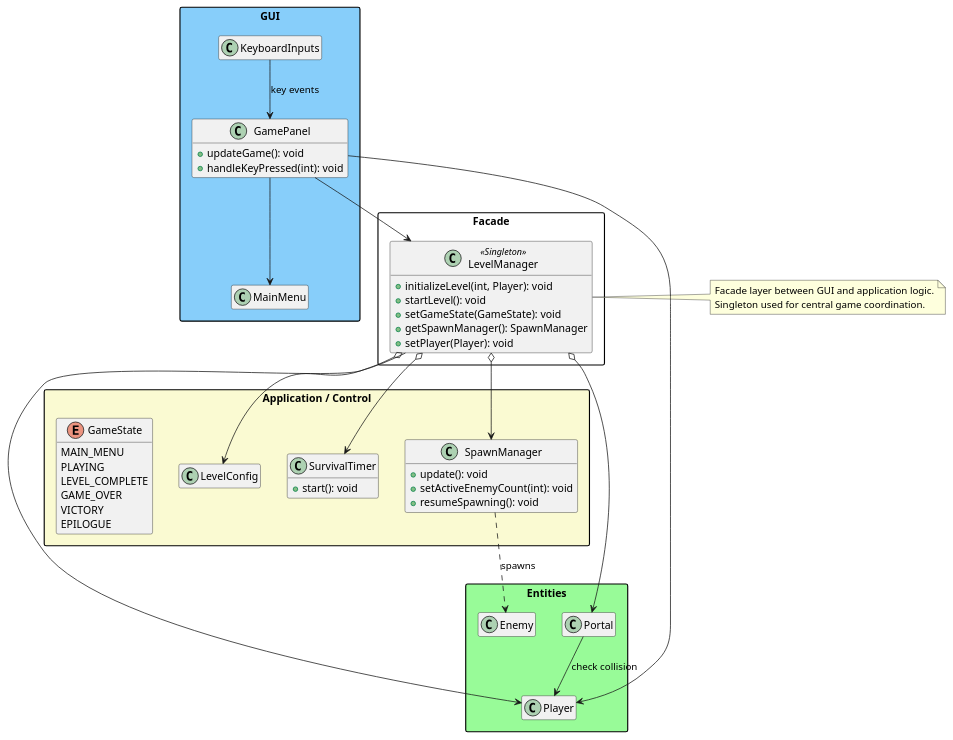
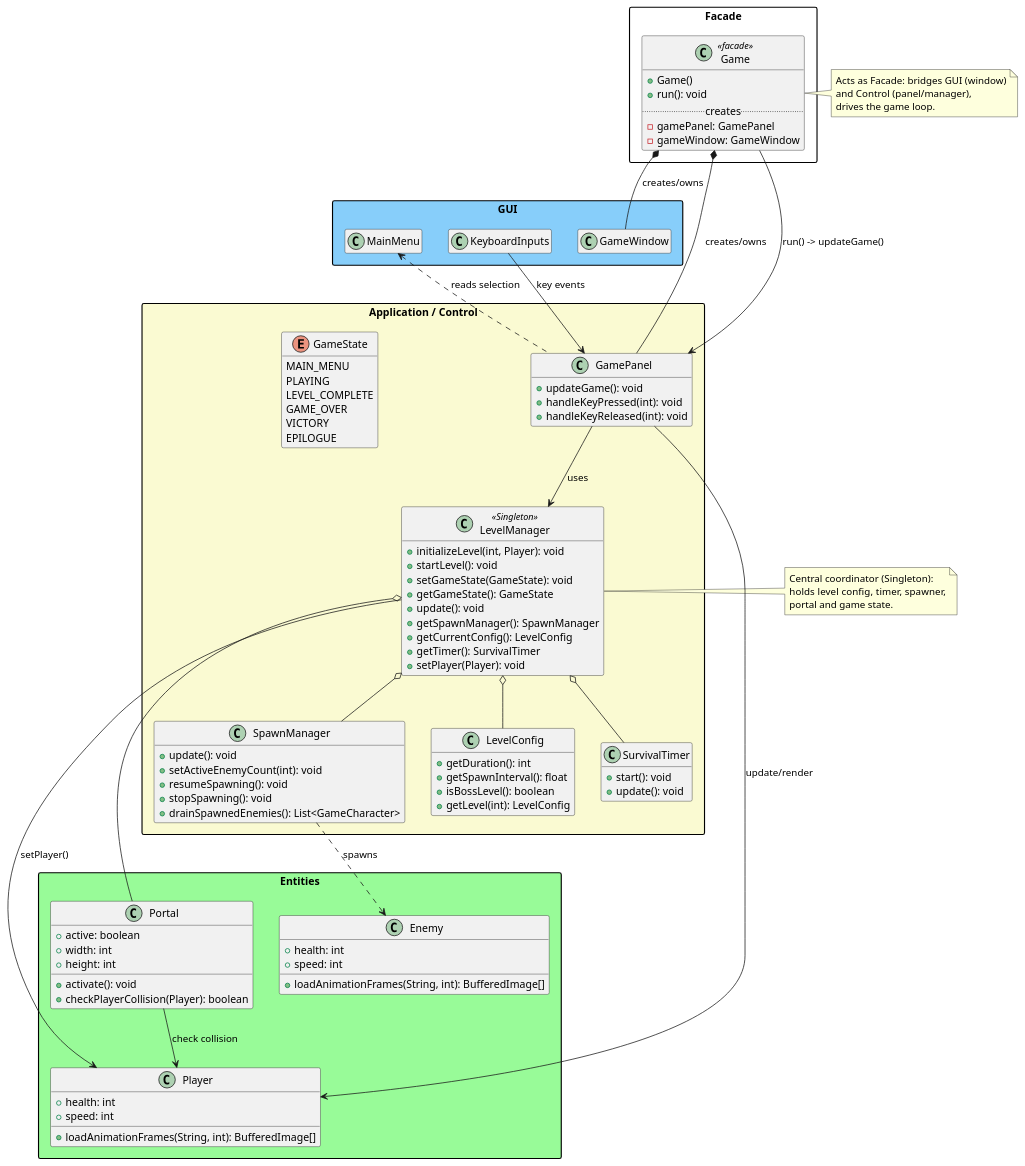
One commit to Karim-Termanini/DataKeeper-Semester3 changed the diagram in DataKeeper/docs/uml/class-diagram-simple.puml. Above: the diagram before and after it, drawn with PlantUML. The commit also changed 7 other files, not shown here.

```diff
--- a/DataKeeper/docs/uml/class-diagram-simple.puml
+++ b/DataKeeper/docs/uml/class-diagram-simple.puml
@@ -1,69 +1,114 @@
-@startuml ClassDiagramSimple
-' Simplified class diagram (max ~10 classes) to cover the required concept
+@startuml
+' Layered class diagram with explicit Facade between GUI and Application/Control
 skinparam packageStyle rectangle
 hide empty members
 
 package GUI #LightSkyBlue {
-  class GamePanel {
-    + updateGame(): void
-    + handleKeyPressed(int): void
-  }
+  class GameWindow
   class MainMenu
   class KeyboardInputs
 }
 
 package Facade #White {
+  class Game <<facade>> {
+    + Game()
+    + run(): void
+    .. creates ..
+    - gamePanel: GamePanel
+    - gameWindow: GameWindow
+  }
+}
+
+package "Application / Control" #LightGoldenRodYellow {
+  class GamePanel {
+    + updateGame(): void
+    + handleKeyPressed(int): void
+    + handleKeyReleased(int): void
+  }
   class LevelManager <<Singleton>> {
     + initializeLevel(int, Player): void
     + startLevel(): void
     + setGameState(GameState): void
+    + getGameState(): GameState
+    + update(): void
     + getSpawnManager(): SpawnManager
+    + getCurrentConfig(): LevelConfig
+    + getTimer(): SurvivalTimer
     + setPlayer(Player): void
   }
-}
-
-package "Application / Control" #LightGoldenRodYellow {
   class SpawnManager {
     + update(): void
     + setActiveEnemyCount(int): void
     + resumeSpawning(): void
+    + stopSpawning(): void
+    + drainSpawnedEnemies(): List<GameCharacter>
   }
-  class LevelConfig
+  class LevelConfig {
+    + getDuration(): int
+    + getSpawnInterval(): float
+    + isBossLevel(): boolean
+    + getLevel(int): LevelConfig
+  }
   class SurvivalTimer {
     + start(): void
+    + update(): void
   }
   enum GameState {
     MAIN_MENU
     PLAYING
     LEVEL_COMPLETE
     GAME_OVER
     VICTORY
     EPILOGUE
   }
 }
 
 package Entities #PaleGreen {
-  class Player
-  class Enemy
-  class Portal
+  class Player{
+    + health: int
+    + speed: int
+    + loadAnimationFrames(String, int): BufferedImage[]
+  }
+
+  class Enemy{
+    + health: int
+    + speed: int
+    + loadAnimationFrames(String, int): BufferedImage[]
+  }
+  class Portal{
+    + active: boolean
+    + width: int
+    + height: int
+    + activate(): void
+    + checkPlayerCollision(Player): boolean
+  }
 }
 
 ' Key relations (facade + control + entities + gui)
 KeyboardInputs --> GamePanel : key events
-GamePanel --> MainMenu
-GamePanel --> LevelManager
-GamePanel --> Player
-LevelManager o--> LevelConfig
-LevelManager o--> SurvivalTimer
-LevelManager o--> SpawnManager
-LevelManager o--> Portal
-LevelManager --> Player
+MainMenu <.. GamePanel : reads selection
+Game *-- GamePanel : creates/owns
+Game *-- GameWindow : creates/owns
+Game --> GamePanel : run() -> updateGame()
+GamePanel --> LevelManager : uses
+LevelManager o-- LevelConfig
+LevelManager o-- SurvivalTimer
+LevelManager o-- SpawnManager
+LevelManager o-- Portal
+LevelManager --> Player : setPlayer()
+GamePanel --> Player : update/render
 SpawnManager ..> Enemy : spawns
 Portal --> Player : check collision
 
-note right of LevelManager
-Facade layer between GUI and application logic.
-Singleton used for central game coordination.
+note right of Game
+Acts as Facade: bridges GUI (window)
+and Control (panel/manager),
+drives the game loop.
 end note
 
+note right of LevelManager
+Central coordinator (Singleton):
+holds level config, timer, spawner,
+portal and game state.
+end note
 @enduml
```
